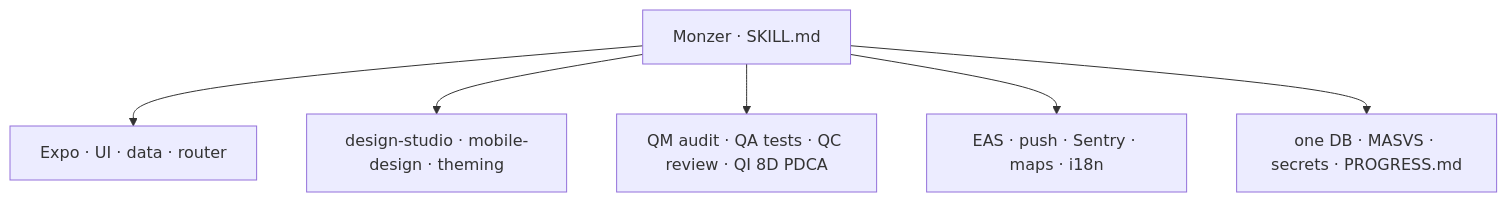
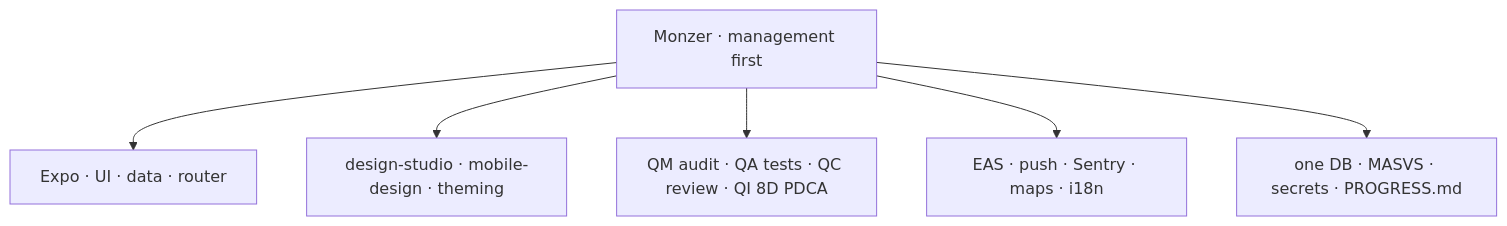
One commit to moonr5/monzer-mobile-skill changed the third of 4 diagrams in README.md. Above: the diagram before and after it, drawn with Mermaid. The commit also changed 15 other files, not shown here.

````diff
--- a/README.md
+++ b/README.md
@@ -90,9 +90,9 @@
 ```mermaid
 flowchart TB
-  MASTER[Monzer · SKILL.md]
+  MASTER[Monzer · management first]
   MASTER --> EXPO[Expo · UI · data · router]
   MASTER --> DESIGN[design-studio · mobile-design · theming]
   MASTER --> QUALITY[QM audit · QA tests · QC review · QI 8D PDCA]
   MASTER --> SHIP[EAS · push · Sentry · maps · i18n]
   MASTER --> RULES[one DB · MASVS · secrets · PROGRESS.md]
 ```
````
